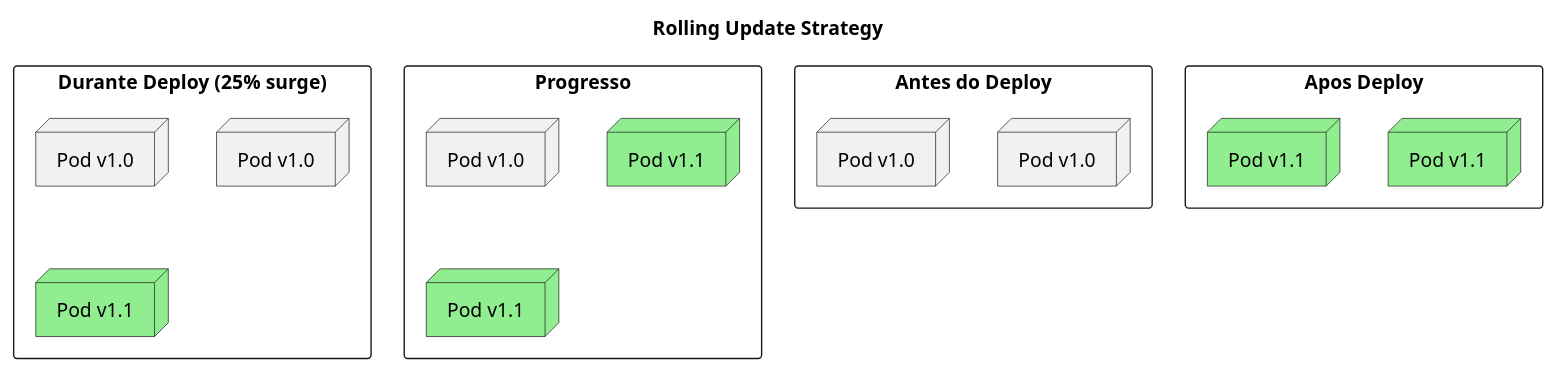
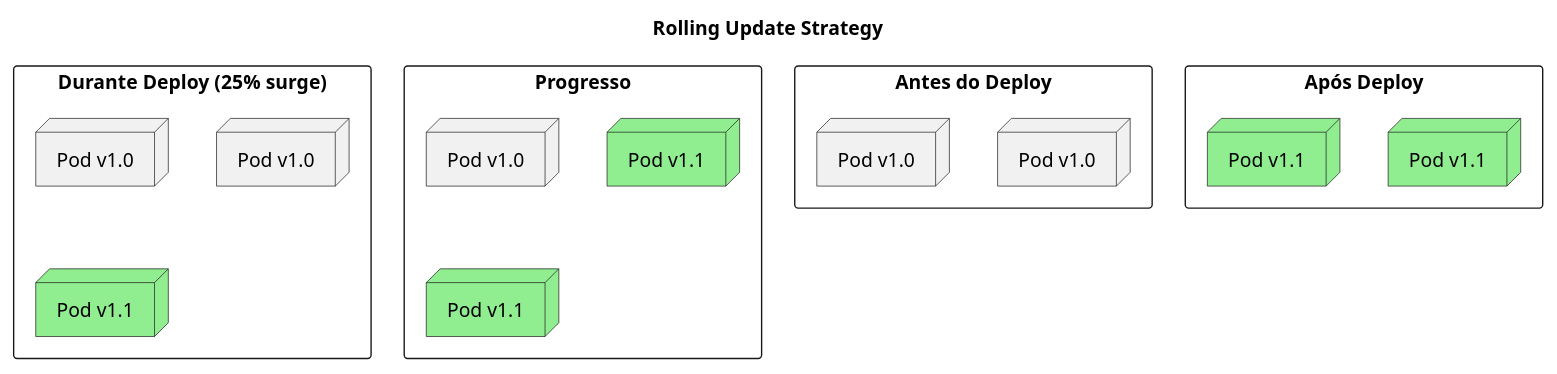
Before and after one commit to beduardo/novobanco_website_doc: the fourth of 6 diagrams in current/definitions/DEF-10-arquitetura-operacional.md, drawn with PlantUML. The commit also changed other lines of this file and 182 other files, not shown here.

````diff
--- a/current/definitions/DEF-10-arquitetura-operacional.md
+++ b/current/definitions/DEF-10-arquitetura-operacional.md
@@ -279,30 +279,30 @@
 ```plantuml
 @startuml
 skinparam backgroundColor white
 
 title Rolling Update Strategy
 
 rectangle "Antes do Deploy" {
     node "Pod v1.0" as p1a
     node "Pod v1.0" as p1b
 }
 
 rectangle "Durante Deploy (25% surge)" {
     node "Pod v1.0" as p2a
     node "Pod v1.0" as p2b
     node "Pod v1.1" as p2c #lightgreen
 }
 
 rectangle "Progresso" {
     node "Pod v1.0" as p3a
     node "Pod v1.1" as p3b #lightgreen
     node "Pod v1.1" as p3c #lightgreen
 }
 
-rectangle "Apos Deploy" {
+rectangle "Após Deploy" {
     node "Pod v1.1" as p4a #lightgreen
     node "Pod v1.1" as p4b #lightgreen
 }
 
 @enduml
 ```
````
